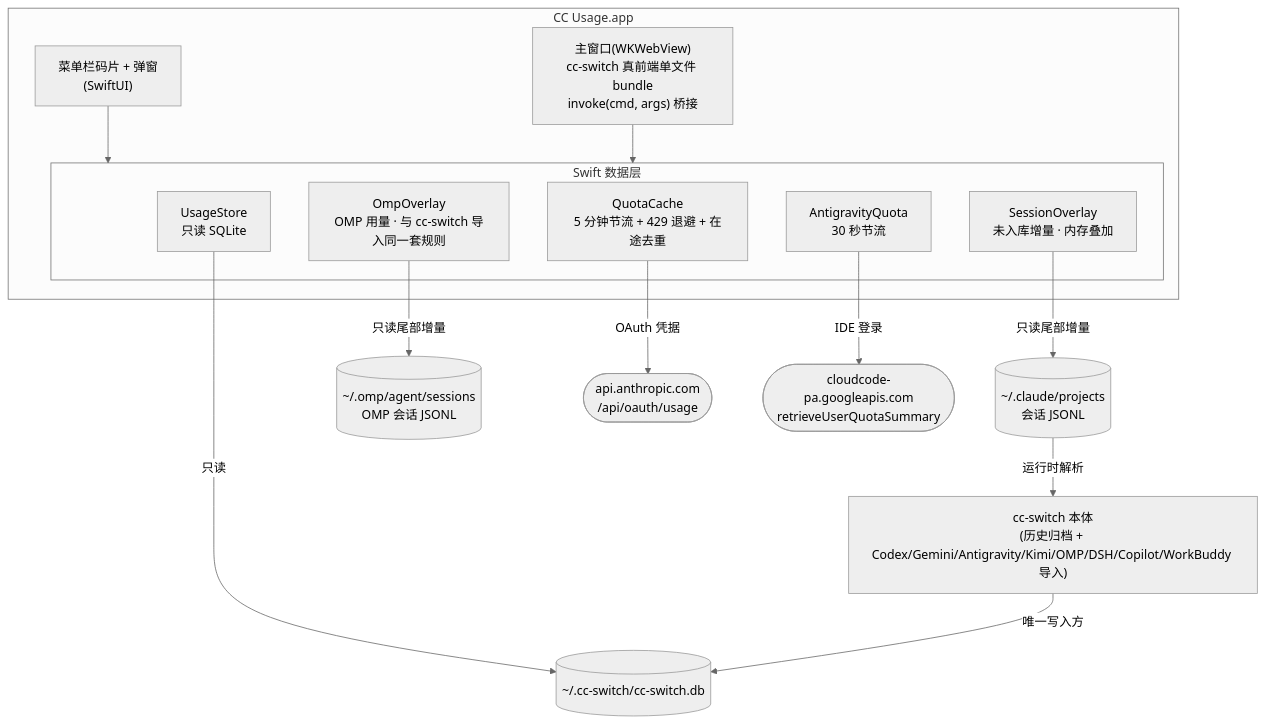
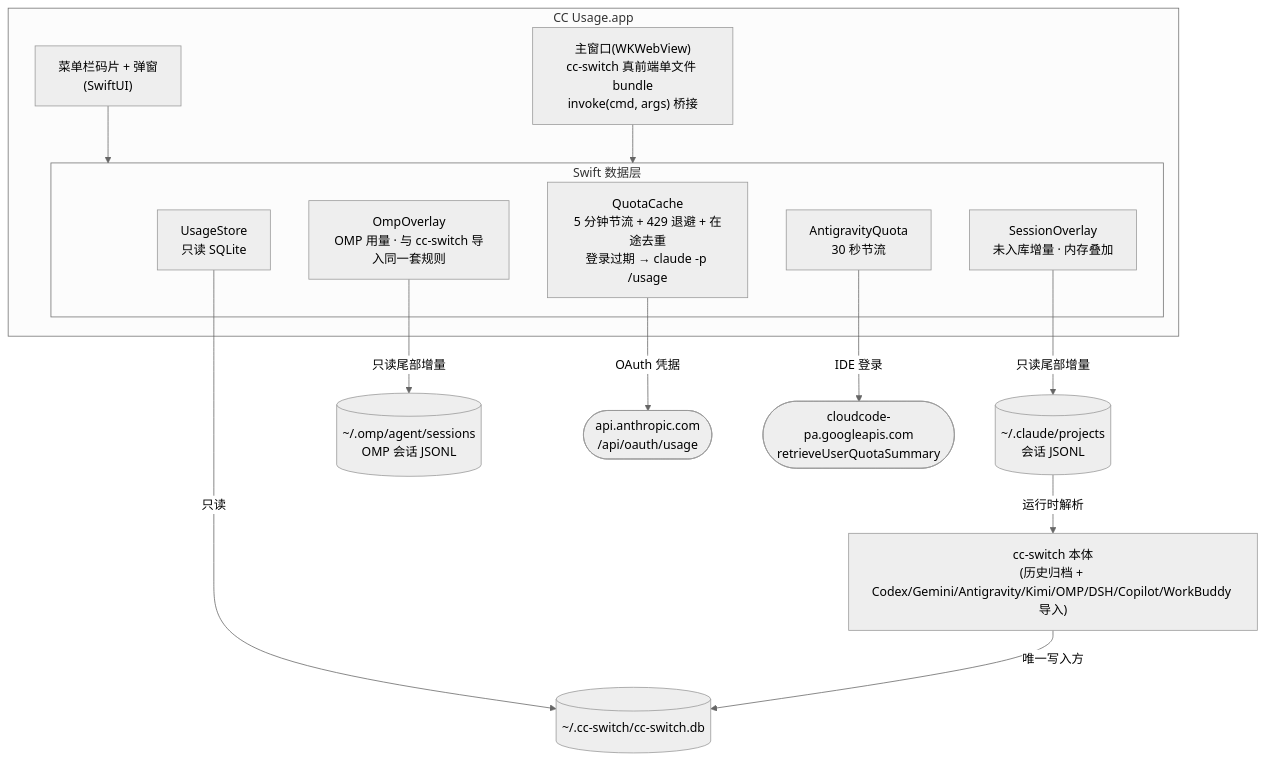
One commit to Eureka0w0v0/cc-usage changed the diagram in README.zh-CN.md. Above: the diagram before and after it, drawn with Mermaid (neutral theme). The commit also changed other lines of this file and 1 other file, not shown here.

First line of the commit message:
docs(readme): 主窗口基线写成 v4.0.38；额度说明补上登录过期时请 Claude Code 跑 /usage 刷新

````diff
--- a/README.zh-CN.md
+++ b/README.zh-CN.md
@@ -85,30 +85,30 @@
 ```mermaid
 flowchart TB
     subgraph app["CC Usage.app"]
         menubar["菜单栏码片 + 弹窗<br/>(SwiftUI)"]
         panel["主窗口(WKWebView)<br/>cc-switch 真前端单文件 bundle<br/>invoke(cmd, args) 桥接"]
         subgraph layer["Swift 数据层"]
             UsageStore["UsageStore<br/>只读 SQLite"]
             SessionOverlay["SessionOverlay<br/>未入库增量 · 内存叠加"]
             OmpOverlay["OmpOverlay<br/>OMP 用量 · 与 cc-switch 导入同一套规则"]
             AgyQuota["AntigravityQuota<br/>30 秒节流"]
-            QuotaCache["QuotaCache<br/>5 分钟节流 + 429 退避 + 在途去重"]
+            QuotaCache["QuotaCache<br/>5 分钟节流 + 429 退避 + 在途去重<br/>登录过期 → claude -p /usage"]
         end
         menubar --> layer
         panel --> layer
     end
     db[("~/.cc-switch/cc-switch.db")]
     jsonl[("~/.claude/projects<br/>会话 JSONL")]
     ompjsonl[("~/.omp/agent/sessions<br/>OMP 会话 JSONL")]
     api(["api.anthropic.com<br/>/api/oauth/usage"])
     google(["cloudcode-pa.googleapis.com<br/>retrieveUserQuotaSummary"])
     ccswitch["cc-switch 本体<br/>(历史归档 + Codex/Gemini/Antigravity/Kimi/OMP/DSH/Copilot/WorkBuddy 导入)"]
 
     UsageStore -->|"只读"| db
     SessionOverlay -->|"只读尾部增量"| jsonl
     OmpOverlay -->|"只读尾部增量"| ompjsonl
     QuotaCache -->|"OAuth 凭据"| api
     AgyQuota -->|"IDE 登录"| google
     jsonl -->|"运行时解析"| ccswitch
     ccswitch -->|"唯一写入方"| db
 ```
````
